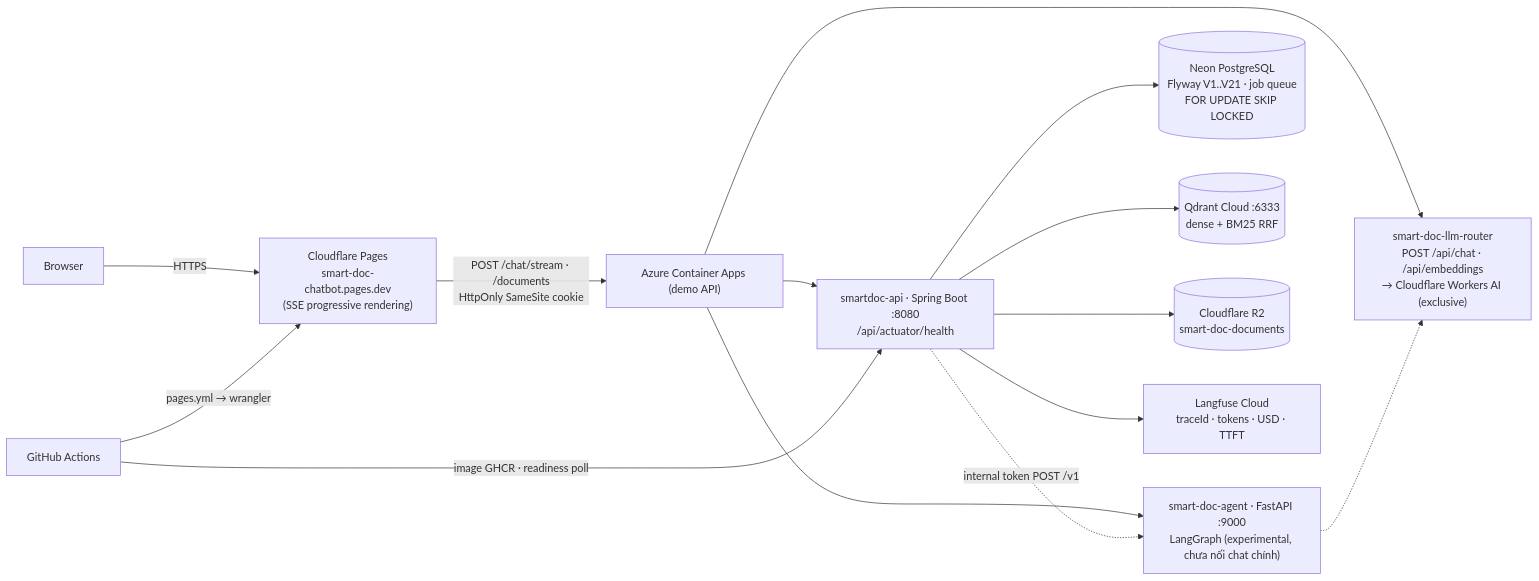
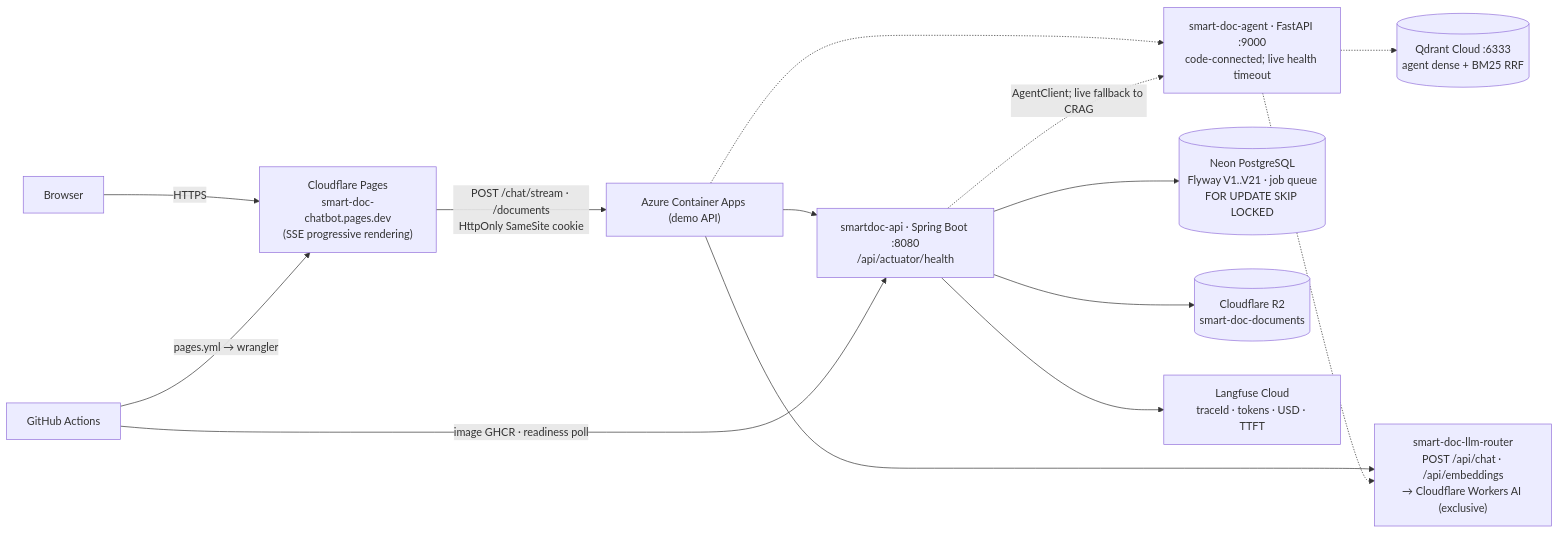
The first of 6 diagrams in docs/architecture.md (imtarget05/Enterprise-Document-Intelligence-Corrective-RAG-Platform), drawn with Mermaid before and after one commit. The commit also changed other lines of this file and 34 other files, not shown here.

````diff
--- a/docs/architecture.md
+++ b/docs/architecture.md
@@ -49,16 +51,16 @@
 ```mermaid
 flowchart LR
     U["Browser"] -->|HTTPS| CF["Cloudflare Pages<br/>smart-doc-chatbot.pages.dev<br/>(SSE progressive rendering)"]
     CF -->|"POST /chat/stream · /documents<br/>HttpOnly SameSite cookie"| SVC["Azure Container Apps (demo API)"]
     SVC --> SB["smartdoc-api · Spring Boot :8080<br/>/api/actuator/health"]
-    SVC --> AG["smart-doc-agent · FastAPI :9000<br/>LangGraph (experimental, chưa nối chat chính)"]
+    SVC -.-> AG["smart-doc-agent · FastAPI :9000<br/>code-connected; live health timeout"]
     SVC --> LR["smart-doc-llm-router<br/>POST /api/chat · /api/embeddings<br/>→ Cloudflare Workers AI (exclusive)"]
     SB --> NEON[("Neon PostgreSQL<br/>Flyway V1..V21 · job queue<br/>FOR UPDATE SKIP LOCKED")]
-    SB --> QD[("Qdrant Cloud :6333<br/>dense + BM25 RRF")]
+    AG -.-> QD[("Qdrant Cloud :6333<br/>agent dense + BM25 RRF")]
     SB --> R2[("Cloudflare R2<br/>smart-doc-documents")]
-    SB -.->|"internal token POST /v1"| AG
+    SB -.->|"AgentClient; live fallback to CRAG"| AG
     AG -.-> LR
     SB --> LF["Langfuse Cloud<br/>traceId · tokens · USD · TTFT"]
     K8["GitHub Actions"] -->|"image GHCR · readiness poll"| SB
     K8 -->|"pages.yml → wrangler"| CF
 ```
````
